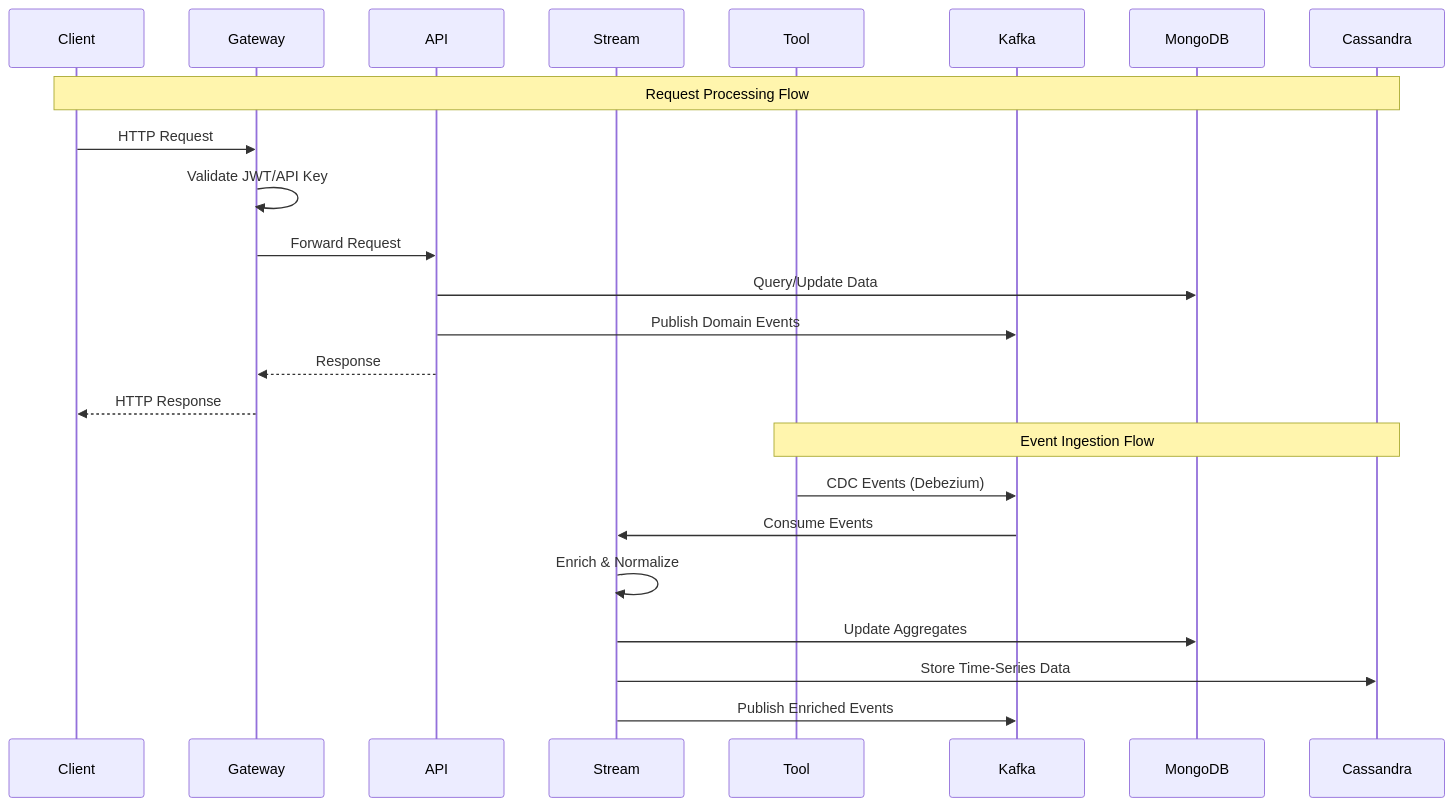
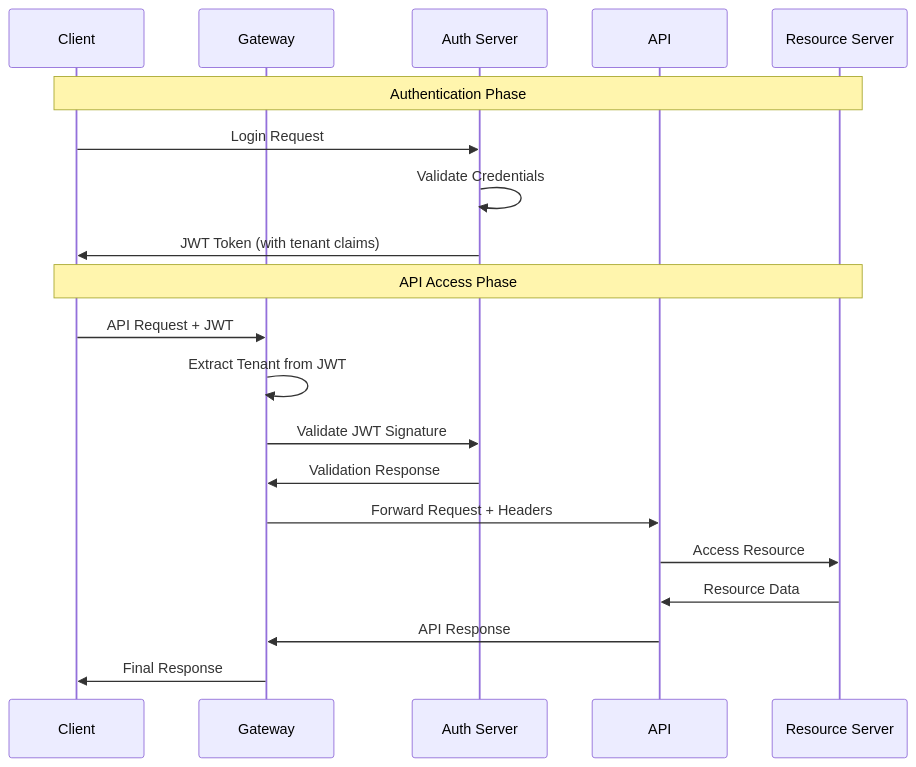
Before and after one commit to Praesto-Pro/openframe-oss-tenant: the fifth of 12 diagrams in docs/development/architecture/README.md, drawn with Mermaid. The commit also changed other lines of this file and 149 other files, not shown here.

````diff
--- a/docs/development/architecture/README.md
+++ b/docs/development/architecture/README.md
@@ -233,28 +252,24 @@
 ```mermaid
 sequenceDiagram
     participant Client
     participant Gateway
+    participant Auth as Auth Server
     participant API
-    participant Stream
-    participant Tool
-    participant Kafka
-    participant MongoDB
-    participant Cassandra
-
-    Note over Client,Cassandra: Request Processing Flow
-    Client->>Gateway: HTTP Request
-    Gateway->>Gateway: Validate JWT/API Key
-    Gateway->>API: Forward Request
-    API->>MongoDB: Query/Update Data
-    API->>Kafka: Publish Domain Events
-    API-->>Gateway: Response
-    Gateway-->>Client: HTTP Response
+    participant Resource as Resource Server
     
-    Note over Tool,Cassandra: Event Ingestion Flow
-    Tool->>Kafka: CDC Events (Debezium)
-    Kafka->>Stream: Consume Events
-    Stream->>Stream: Enrich & Normalize
-    Stream->>MongoDB: Update Aggregates
-    Stream->>Cassandra: Store Time-Series Data
-    Stream->>Kafka: Publish Enriched Events
+    Note over Client,Resource: Authentication Phase
+    Client->>Auth: Login Request
+    Auth->>Auth: Validate Credentials
+    Auth->>Client: JWT Token (with tenant claims)
+    
+    Note over Client,Resource: API Access Phase  
+    Client->>Gateway: API Request + JWT
+    Gateway->>Gateway: Extract Tenant from JWT
+    Gateway->>Auth: Validate JWT Signature
+    Auth->>Gateway: Validation Response
+    Gateway->>API: Forward Request + Headers
+    API->>Resource: Access Resource
+    Resource->>API: Resource Data
+    API->>Gateway: API Response
+    Gateway->>Client: Final Response
 ```
````
